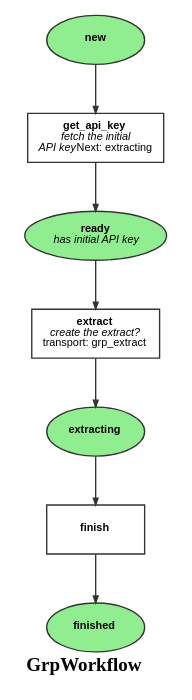
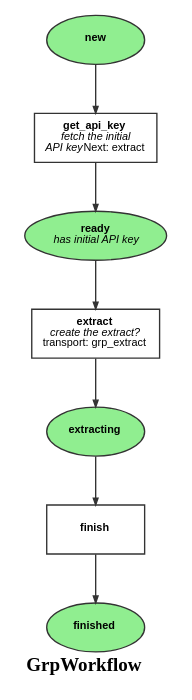
The diagram in doc/GrpWorkflow.dot (survos-sites/mds), drawn with Graphviz before and after one commit. The commit also changed 6 other files, not shown here.

```diff
--- a/doc/GrpWorkflow.dot
+++ b/doc/GrpWorkflow.dot
@@ -1,19 +1,19 @@
 digraph workflow {
   ratio="compress" rankdir="TB" label=<<B>GrpWorkflow</B>>
   node [fontsize="8" fontname="Arial" color="#333333" fillcolor="lightgreen" fixedsize="false" width="1"];
   edge [fontsize="7" fontname="Arial" color="#333333" arrowhead="normal" arrowsize="0.5"];
 
   place_new [label=<<B>new</B>>, shape=oval fillcolor="lightgreen" style="filled"];
   place_ready [label=<<B>ready</B><BR/><I>has initial API key</I>>, shape=oval fillcolor="lightgreen" style="filled"];
   place_extracting [label=<<B>extracting</B>>, shape=oval fillcolor="lightgreen" style="filled"];
   place_finished [label=<<B>finished</B>>, shape=oval fillcolor="lightgreen" style="filled"];
-  transition_0 [label=<<B>get_api_key</B><BR/><I>fetch the initial<BR/>API key</I>Next: extracting>, shape="box" regular=""];
+  transition_0 [label=<<B>get_api_key</B><BR/><I>fetch the initial<BR/>API key</I>Next: extract>, shape="box" regular=""];
   transition_1 [label=<<B>extract</B><BR/><I>create the extract?</I><BR/>transport: grp_extract>, shape="box" regular=""];
   transition_2 [label=<<B>finish</B>>, shape="box" regular=""];
   place_new -> transition_0 [style="solid", comment="new"];
   transition_0 -> place_ready [style="solid"];
   place_ready -> transition_1 [style="solid", comment="ready"];
   transition_1 -> place_extracting [style="solid"];
   place_extracting -> transition_2 [style="solid", comment="extracting"];
   transition_2 -> place_finished [style="solid"];
 }
```
